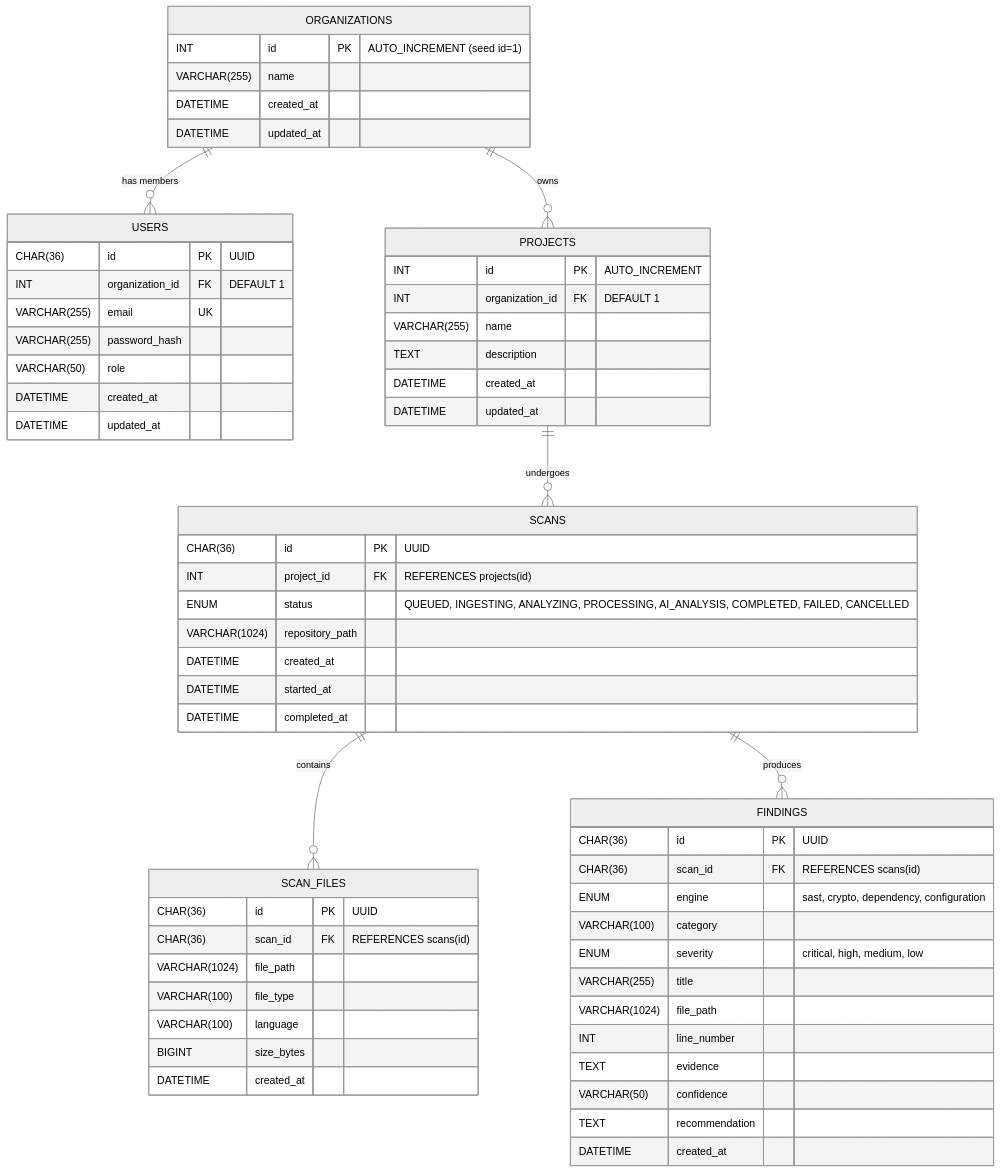
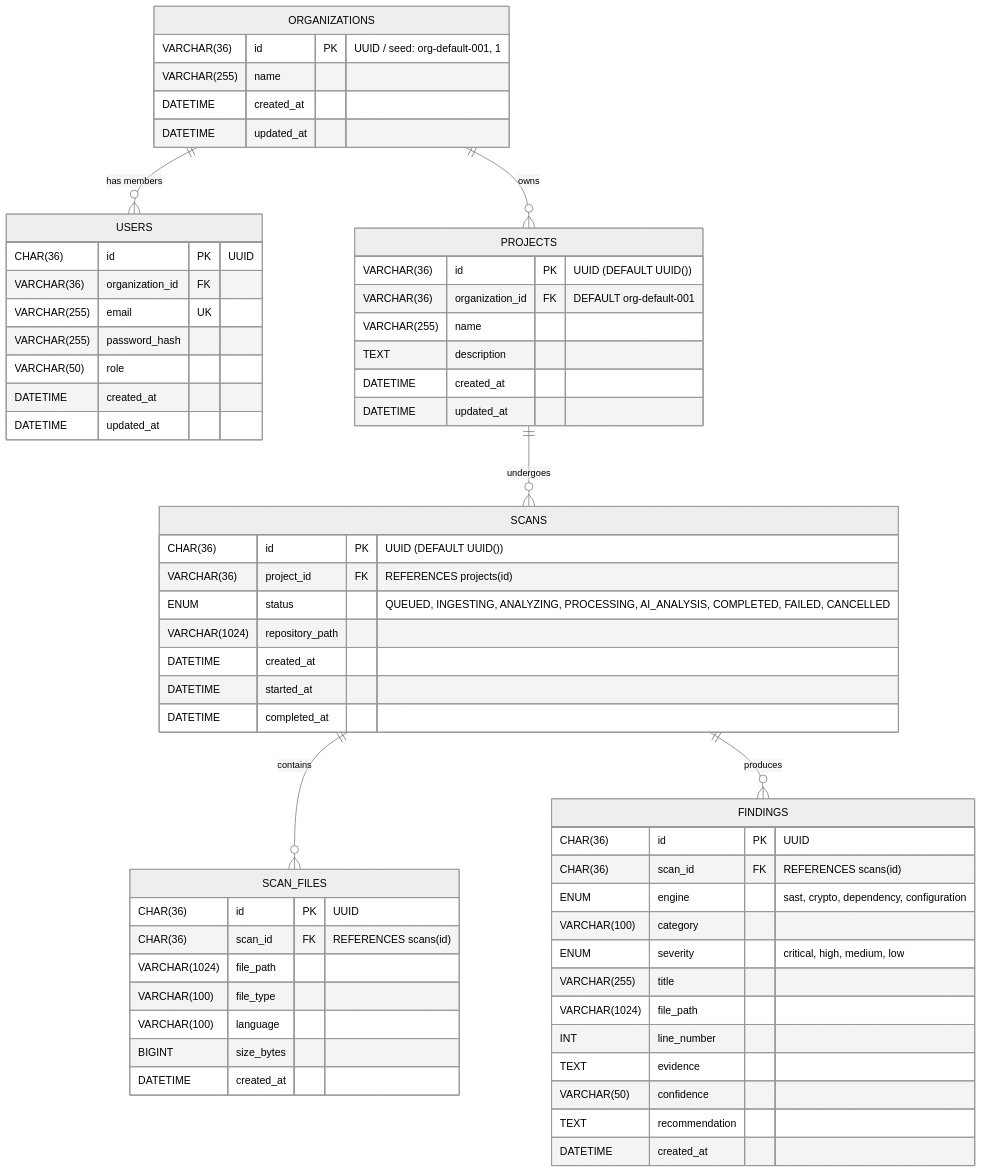
The diagram in database/README.md (Viswanath322/PQC-Platform), drawn with Mermaid (neutral theme) before and after one commit. The commit also changed other lines of this file and 6 other files, not shown here.

Commit message:
fix(security & schema): bind mysql/redis to 127.0.0.1, update .gitignore for db/tauri, unify on UUID standard with dual org seed

````diff
--- a/database/README.md
+++ b/database/README.md
@@ -12,69 +12,69 @@
 ```mermaid
 erDiagram
     ORGANIZATIONS ||--o{ USERS : "has members"
     ORGANIZATIONS ||--o{ PROJECTS : "owns"
     PROJECTS ||--o{ SCANS : "undergoes"
     SCANS ||--o{ SCAN_FILES : "contains"
     SCANS ||--o{ FINDINGS : "produces"
 
     ORGANIZATIONS {
-        INT id PK "AUTO_INCREMENT (seed id=1)"
+        VARCHAR(36) id PK "UUID / seed: org-default-001, 1"
         VARCHAR(255) name
         DATETIME created_at
         DATETIME updated_at
     }
 
     USERS {
         CHAR(36) id PK "UUID"
-        INT organization_id FK "DEFAULT 1"
+        VARCHAR(36) organization_id FK
         VARCHAR(255) email UK
         VARCHAR(255) password_hash
         VARCHAR(50) role
         DATETIME created_at
         DATETIME updated_at
     }
 
     PROJECTS {
-        INT id PK "AUTO_INCREMENT"
-        INT organization_id FK "DEFAULT 1"
+        VARCHAR(36) id PK "UUID (DEFAULT UUID())"
+        VARCHAR(36) organization_id FK "DEFAULT org-default-001"
         VARCHAR(255) name
         TEXT description
         DATETIME created_at
         DATETIME updated_at
     }
 
     SCANS {
-        CHAR(36) id PK "UUID"
-        INT project_id FK "REFERENCES projects(id)"
+        CHAR(36) id PK "UUID (DEFAULT UUID())"
+        VARCHAR(36) project_id FK "REFERENCES projects(id)"
         ENUM status "QUEUED, INGESTING, ANALYZING, PROCESSING, AI_ANALYSIS, COMPLETED, FAILED, CANCELLED"
         VARCHAR(1024) repository_path
         DATETIME created_at
         DATETIME started_at
         DATETIME completed_at
     }
 
     SCAN_FILES {
         CHAR(36) id PK "UUID"
         CHAR(36) scan_id FK "REFERENCES scans(id)"
         VARCHAR(1024) file_path
         VARCHAR(100) file_type
         VARCHAR(100) language
         BIGINT size_bytes
         DATETIME created_at
     }
 
     FINDINGS {
         CHAR(36) id PK "UUID"
         CHAR(36) scan_id FK "REFERENCES scans(id)"
         ENUM engine "sast, crypto, dependency, configuration"
         VARCHAR(100) category
         ENUM severity "critical, high, medium, low"
         VARCHAR(255) title
         VARCHAR(1024) file_path
         INT line_number
         TEXT evidence
         VARCHAR(50) confidence
         TEXT recommendation
         DATETIME created_at
     }
 ```
````
